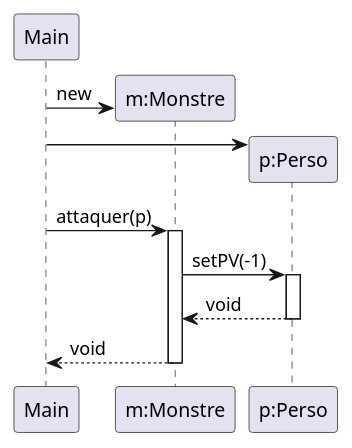
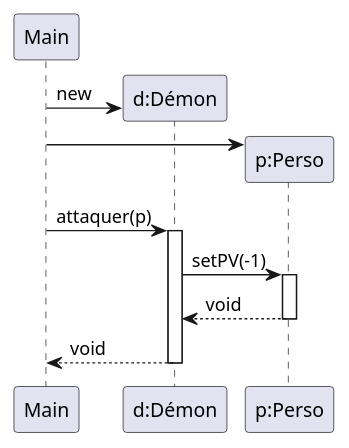
One commit to WashiFR/2023_Zeldiablo_weier3u_lemeunie6u_chauvel8u_dietric43u changed the diagram in documents/version_3/diag_sequence_attaquer.puml. Above: the diagram before and after it, drawn with PlantUML. The commit also changed 7 other files, not shown here.

Commit message:
Rectification des diagrammes de séquence

```diff
--- a/documents/version_3/diag_sequence_attaquer.puml
+++ b/documents/version_3/diag_sequence_attaquer.puml
@@ -1,18 +1,18 @@
 @startuml
 'https://plantuml.com/sequence-diagram
 
 participant Main
-create "m:Monstre" as monstre
-Main -> monstre : new
+create "d:Démon" as demon
+Main -> demon : new
 create "p:Perso" as perso
 Main -> perso
-Main -> monstre : attaquer(p)
-activate monstre
-monstre -> perso : setPV(-1)
+Main -> demon : attaquer(p)
+activate demon
+demon -> perso : setPV(-1)
 activate perso
-perso --> monstre : void
+perso --> demon : void
 deactivate perso
-monstre --> Main : void
-deactivate monstre
+demon --> Main : void
+deactivate demon
 
 @enduml
```
